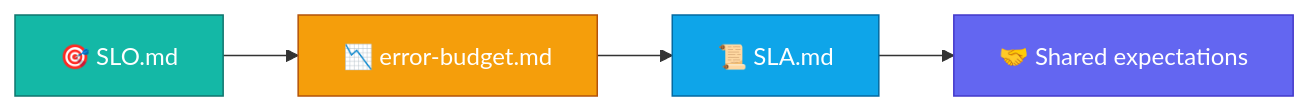
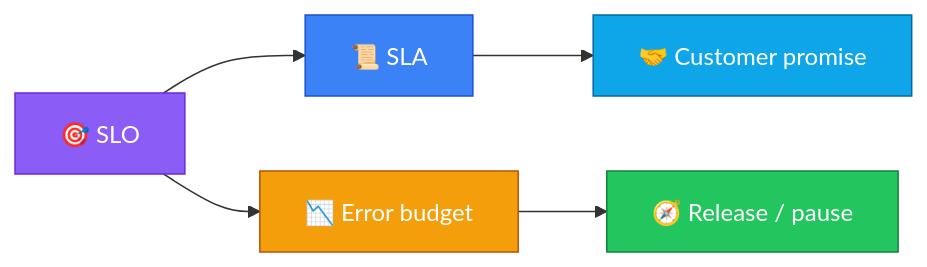
Before and after one commit to manansbdb/sla-slo-templates: the diagram in README.md, drawn with Mermaid. The commit also changed other lines of this file and 1 other file, not shown here.

Commit message:
docs: polish README to kit standard (banner, badges, mermaid, EN+PT)

````diff
--- a/README.md
+++ b/README.md
@@ -28,10 +28,12 @@
 ```mermaid
 flowchart LR
-  A["🎯 SLO.md"] --> B["📉 error-budget.md"]
-  B --> C["📜 SLA.md"]
-  C --> D["🤝 Shared expectations"]
-  style A fill:#14b8a6,stroke:#0f766e,color:#fff
-  style B fill:#f59e0b,stroke:#b45309,color:#fff
-  style C fill:#0ea5e9,stroke:#0369a1,color:#fff
-  style D fill:#6366f1,stroke:#4338ca,color:#fff
+  A["🎯 SLO"] --> B["📜 SLA"]
+  A --> C["📉 Error budget"]
+  B --> D["🤝 Customer promise"]
+  C --> E["🧭 Release / pause"]
+  style A fill:#8b5cf6,stroke:#6d28d9,color:#fff
+  style B fill:#3b82f6,stroke:#1d4ed8,color:#fff
+  style C fill:#f59e0b,stroke:#b45309,color:#fff
+  style D fill:#0ea5e9,stroke:#0369a1,color:#fff
+  style E fill:#22c55e,stroke:#15803d,color:#fff
 ```
````
